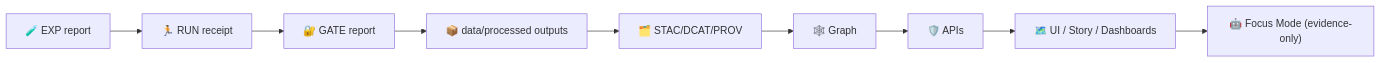
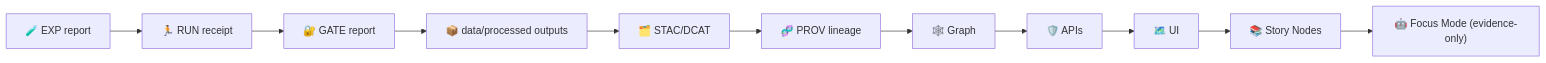
One commit to bartytime4life/Kansas-Frontier-Matrix changed the second of 2 diagrams in mcp/README.md. Above: the diagram before and after it, drawn with Mermaid. The commit also changed other lines of this file, not shown here.

````diff
--- a/mcp/README.md
+++ b/mcp/README.md
@@ -1056,11 +1059,13 @@
 ```mermaid
 flowchart LR
   EXP["🧪 EXP report"] --> RUN["🏃 RUN receipt"]
   RUN --> GATE["🔐 GATE report"]
   GATE --> OUT["📦 data/processed outputs"]
-  OUT --> CAT["🗂️ STAC/DCAT/PROV"]
-  CAT --> GR["🕸️ Graph"]
+  OUT --> CAT["🗂️ STAC/DCAT"]
+  CAT --> PROV["🧬 PROV lineage"]
+  PROV --> GR["🕸️ Graph"]
   GR --> API["🛡️ APIs"]
-  API --> UI["🗺️ UI / Story / Dashboards"]
-  UI --> FM["🤖 Focus Mode (evidence-only)"]
+  API --> UI["🗺️ UI"]
+  UI --> STORY["📚 Story Nodes"]
+  STORY --> FM["🤖 Focus Mode (evidence-only)"]
 ```
````
